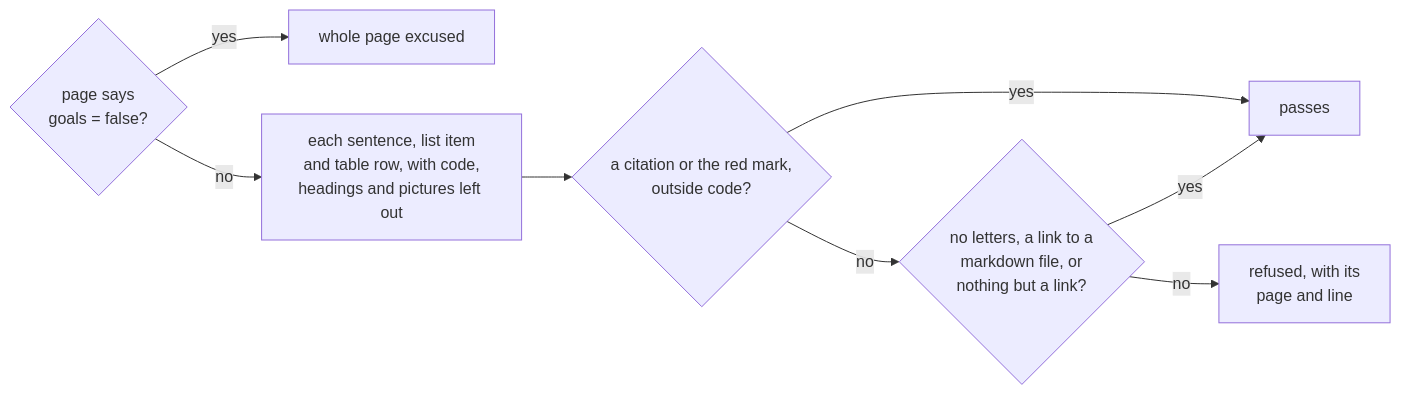
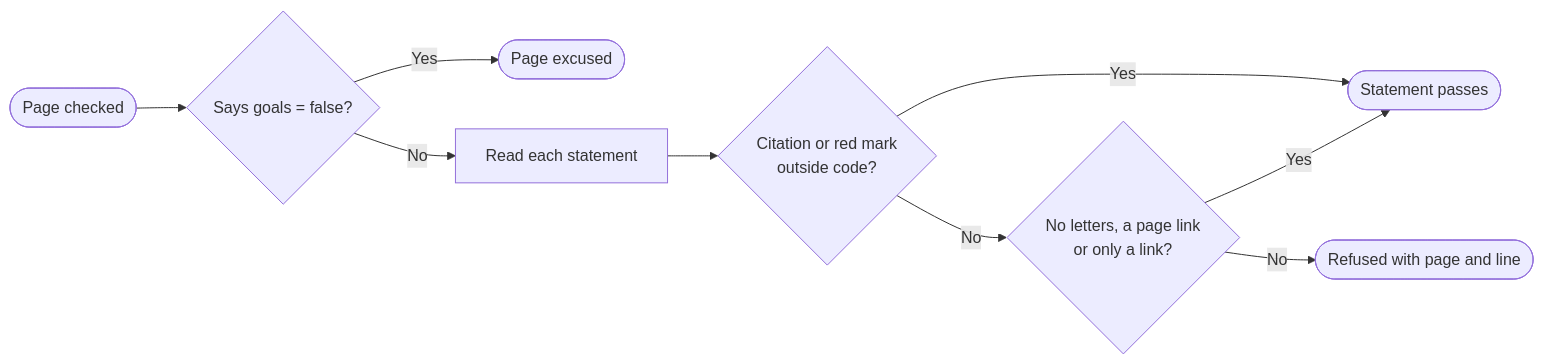
One commit to timothymarois/wiki-builder changed the diagram in docs/wiki/pages/checks/citations.md. Above: the diagram before and after it, drawn with Mermaid. The commit also changed other lines of this file and 28 other files, not shown here.

First line of the commit message:
Flowcharts reference, redrawn diagrams, and no vague actors

````diff
--- a/docs/wiki/pages/checks/citations.md
+++ b/docs/wiki/pages/checks/citations.md
@@ -42,10 +42,12 @@
 ```mermaid
 flowchart LR
-  page{"page says<br/>goals = false?"} -- yes --> excused["whole page excused"]
-  page -- no --> each["each sentence, list item<br/>and table row, with code,<br/>headings and pictures left out"]
-  each --> cited{"a citation or the red mark,<br/>outside code?"}
-  cited -- yes --> pass["passes"]
-  cited -- no --> excuse{"no letters, a link to a<br/>markdown file, or<br/>nothing but a link?"}
-  excuse -- yes --> pass
-  excuse -- no --> refused["refused, with its<br/>page and line"]
+  accTitle: How a statement is judged
+  accDescr: A page that says goals = false is excused. Otherwise each sentence, list item and table row passes if it carries a citation or the red mark outside code, or if it has no letters, links to a markdown file or is only a link; anything else is refused with its page and line.
+  page(["Page checked"]) --> exempt{"Says goals = false?"}
+  exempt -- "Yes" --> excused(["Page excused"])
+  exempt -- "No" --> read["Read each statement"] --> cited{"Citation or red mark<br/>outside code?"}
+  cited -- "Yes" --> passes(["Statement passes"])
+  cited -- "No" --> other{"No letters, a page link<br/>or only a link?"}
+  other -- "Yes" --> passes
+  other -- "No" --> refused(["Refused with page and line"])
 ```
````
